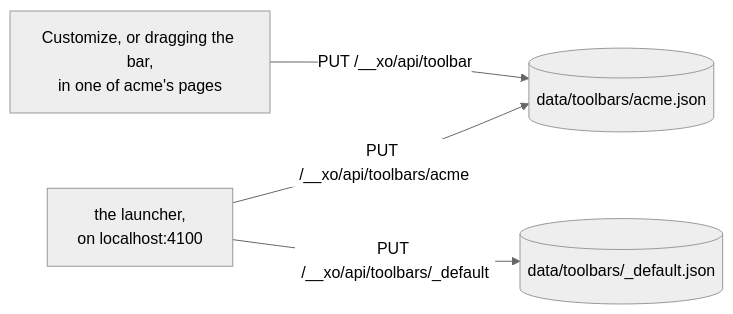
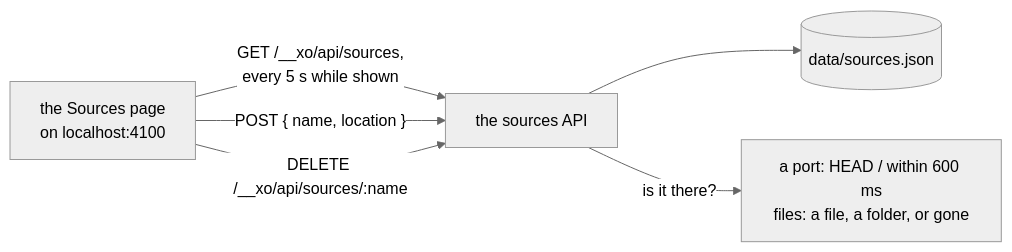
Before and after one commit to quirq-ai/galileo: the seventh of 8 diagrams in docs/ARCHITECTURE.md, drawn with Mermaid (neutral theme). The commit also changed other lines of this file and 51 other files, not shown here.

````diff
--- a/docs/ARCHITECTURE.md
+++ b/docs/ARCHITECTURE.md
@@ -344,6 +215,8 @@
 ```mermaid
 flowchart LR
-  bar["Customize, or dragging the bar,<br/>in one of acme's pages"] -->|"PUT /__xo/api/toolbar"| acme[("data/toolbars/acme.json")]
-  launcher["the launcher,<br/>on localhost:4100"] -->|"PUT /__xo/api/toolbars/acme"| acme
-  launcher -->|"PUT /__xo/api/toolbars/_default"| shared[("data/toolbars/_default.json")]
+  page["the Sources page<br/>on localhost:4100"] -->|"GET /__xo/api/sources,<br/>every 5 s while shown"| api["the sources API"]
+  page -->|"POST { name, location }"| api
+  page -->|"DELETE /__xo/api/sources/:name"| api
+  api --> list[("data/sources.json")]
+  api -->|"is it there?"| probe["a port: HEAD / within 600 ms<br/>files: a file, a folder, or gone"]
 ```
````
